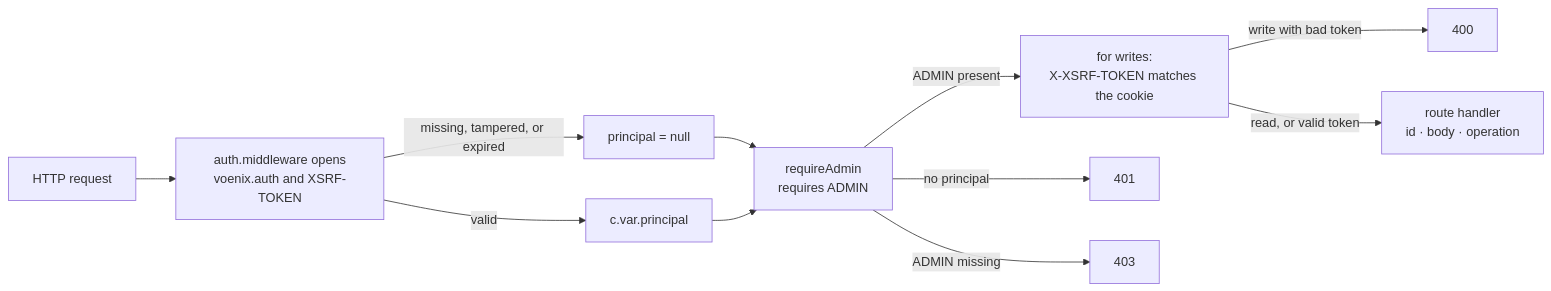
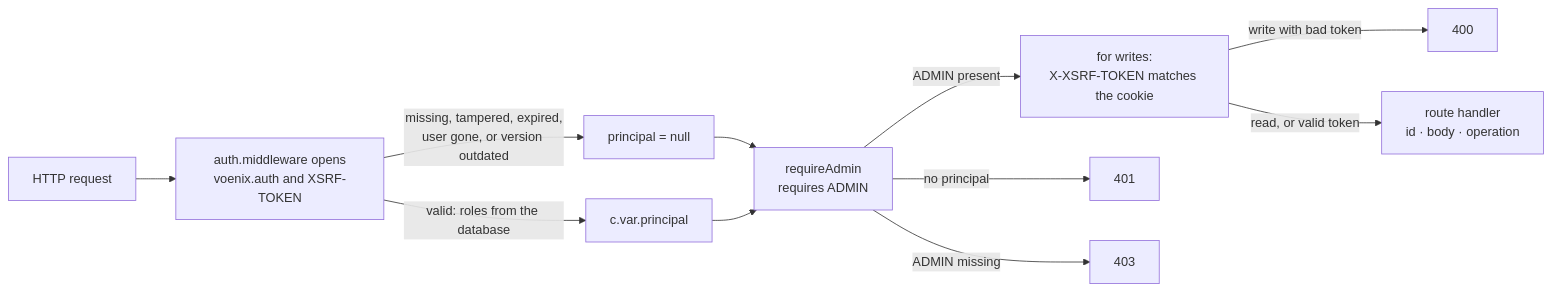
Before and after one commit to bitstorm-tech/voenix-shop-kotlin: the diagram in docs/dev/backend/conventions/authentication-and-authorization.md, drawn with Mermaid. The commit also changed other lines of this file and 39 other files, not shown here.

````diff
--- a/docs/dev/backend/conventions/authentication-and-authorization.md
+++ b/docs/dev/backend/conventions/authentication-and-authorization.md
@@ -47,20 +50,20 @@
 ```mermaid
 flowchart LR
     Request["HTTP request"]
     Middleware["auth.middleware opens<br/>voenix.auth and XSRF-TOKEN"]
     Principal["c.var.principal"]
     Role["requireAdmin<br/>requires ADMIN"]
     Csrf["for writes:<br/>X-XSRF-TOKEN matches the cookie"]
     Handler["route handler<br/>id · body · operation"]
 
     Request --> Middleware
-    Middleware -->|"missing, tampered, or expired"| Anonymous["principal = null"]
-    Middleware -->|"valid"| Principal
+    Middleware -->|"missing, tampered, expired,<br/>user gone, or version outdated"| Anonymous["principal = null"]
+    Middleware -->|"valid: roles from the database"| Principal
     Anonymous --> Role
     Principal --> Role
     Role -->|"no principal"| Unauthorized["401"]
     Role -->|"ADMIN missing"| Forbidden["403"]
     Role -->|"ADMIN present"| Csrf
     Csrf -->|"write with bad token"| BadRequest["400"]
     Csrf -->|"read, or valid token"| Handler
 ```
````
